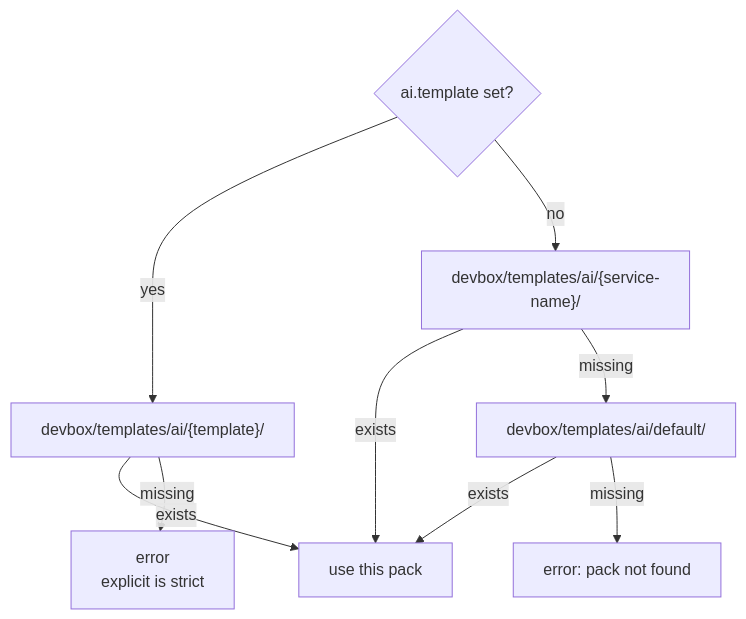
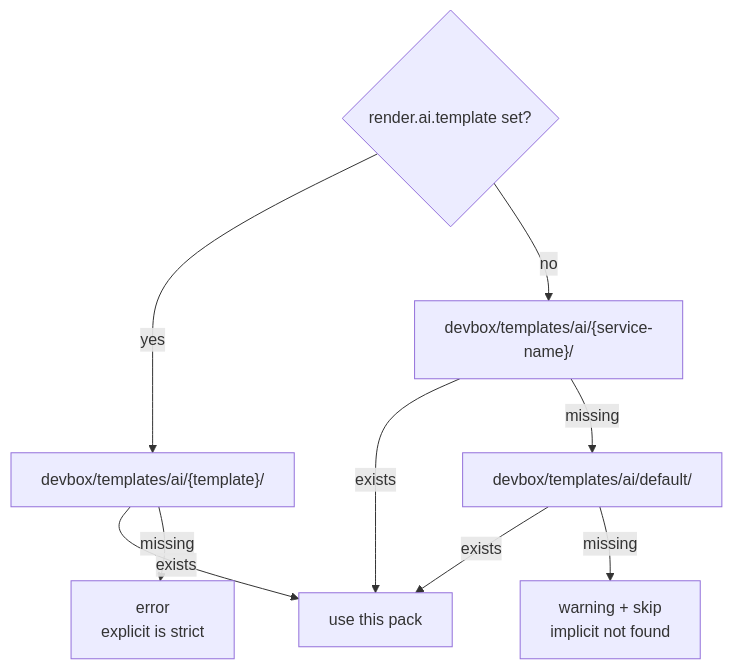
The third of 3 diagrams in docs/reference/render/ai.md (semsemyonoff/dwe), drawn with Mermaid before and after one commit. The commit also changed other lines of this file and 86 other files, not shown here.

First line of the commit message:
docs: update for render config nesting and soft-skip behavior

````diff
--- a/docs/reference/render/ai.md
+++ b/docs/reference/render/ai.md
@@ -122,12 +122,12 @@
 ```mermaid
 flowchart TD
-  S{"ai.template set?"}
+  S{"render.ai.template set?"}
   S -- yes --> EX["devbox/templates/ai/{template}/"]
   EX -- exists --> USE["use this pack"]
   EX -- missing --> ERR["error<br/>explicit is strict"]
   S -- no --> SN["devbox/templates/ai/{service-name}/"]
   SN -- exists --> USE
   SN -- missing --> DEF["devbox/templates/ai/default/"]
   DEF -- exists --> USE
-  DEF -- missing --> ERR2["error: pack not found"]
+  DEF -- missing --> WARN["warning + skip<br/>implicit not found"]
 ```
````
